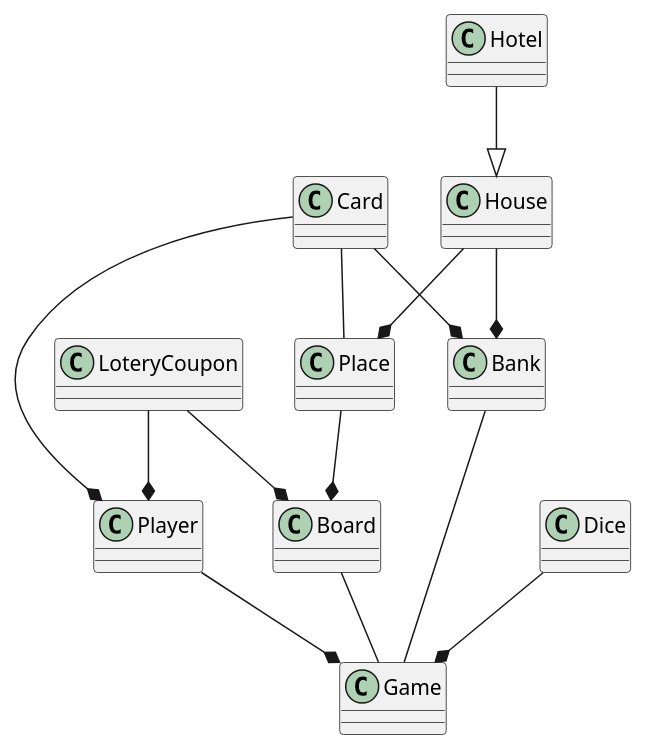
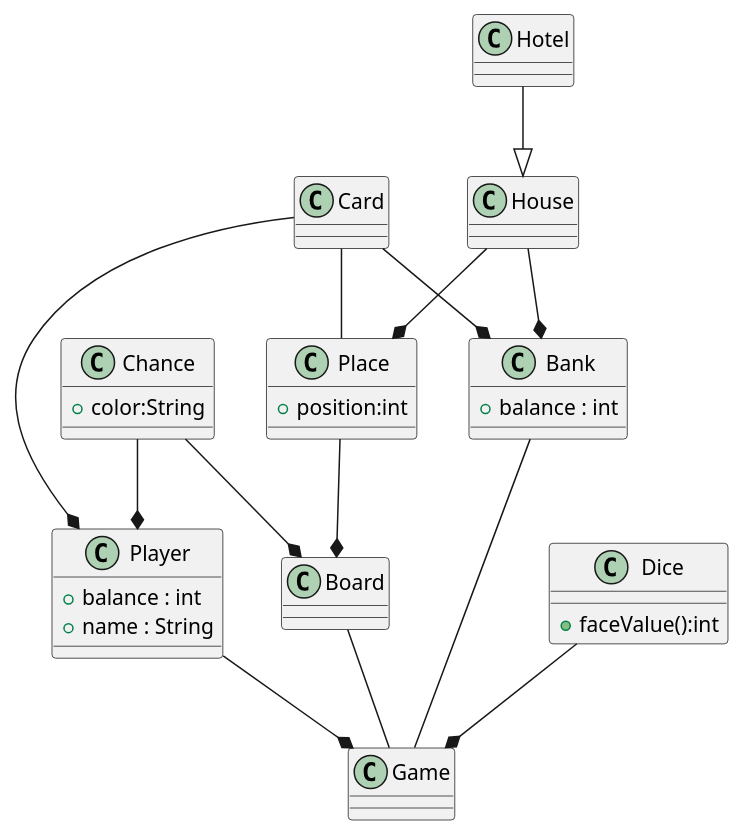
One commit to kpodlaski/ProjObj2019 changed the diagram in zaoczne/gr1/monopoly/class_diagram.plantuml. Above: the diagram before and after it, drawn with PlantUML.

Commit message:
class diagram v1

```diff
--- a/zaoczne/gr1/monopoly/class_diagram.plantuml
+++ b/zaoczne/gr1/monopoly/class_diagram.plantuml
@@ -1,27 +1,39 @@
 @startuml
-class Player{}
-class Bank{}
+class Player{
+    +balance : int
+    +name : String
+}
+class Bank{
+    'we can allow infinite balance in bank
+    +balance : int
+}
 class Game {}
 
 class Board {}
-class Place{}
+class Place{
+    +position:int
+}
 class Card{}
 class House{}
 class Hotel{}
-class Dice{}
-class LoteryCoupon{}
+class Dice{
+    +faceValue():int
+}
+class Chance{
+    +color:String
+}
 
 Player --* Game
 Bank -- Game
 Board -- Game
 Card -- Place
 Place --* Board
 Dice --* Game
 House --* Place
 House --* Bank
-LoteryCoupon --* Board
+Chance --* Board
 Card --* Bank
 Card --* Player
-LoteryCoupon --* Player
+Chance --* Player
 Hotel --|> House
 @enduml
```
